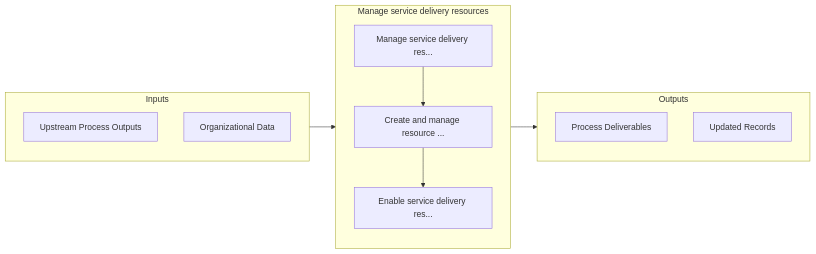
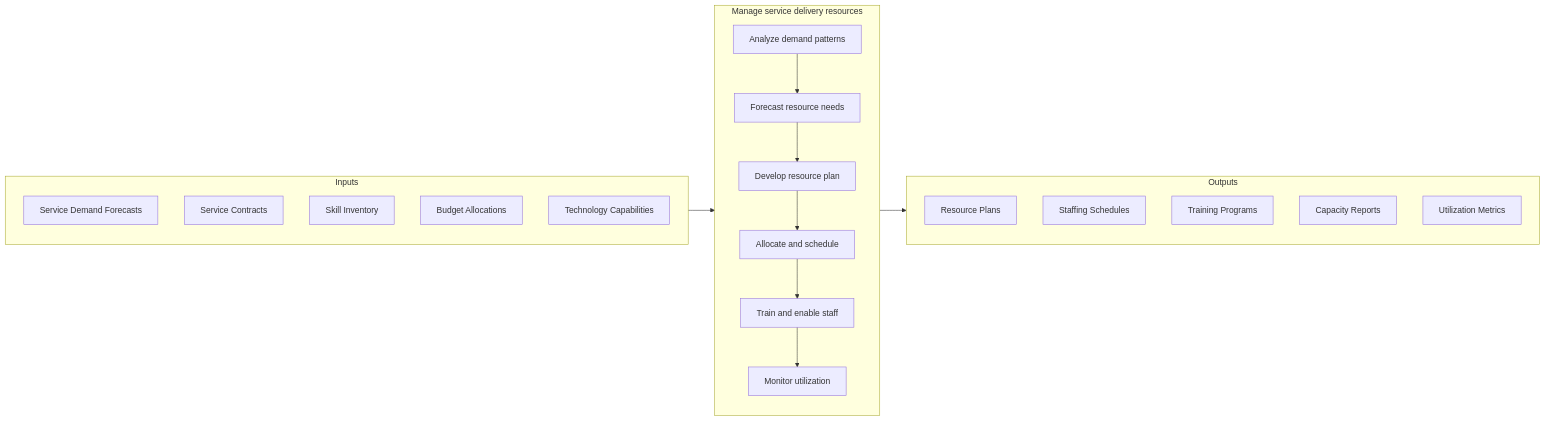
Before and after one commit to kziemski/business.org.ai: the second of 3 diagrams in processes/05-Services/5.2-ManageServiceDeliveryResources/index.mdx, drawn with Mermaid. The commit also changed other lines of this file and 67 other files, not shown here.

````diff
--- a/processes/05-Services/5.2-ManageServiceDeliveryResources/index.mdx
+++ b/processes/05-Services/5.2-ManageServiceDeliveryResources/index.mdx
@@ -60,22 +74,30 @@
 ```mermaid
 flowchart LR
     subgraph Inputs["Inputs"]
-        I1["Upstream Process Outputs"]
-        I2["Organizational Data"]
+        I1["Service Demand Forecasts"]
+        I2["Service Contracts"]
+        I3["Skill Inventory"]
+        I4["Budget Allocations"]
+        I5["Technology Capabilities"]
     end
 
     subgraph Process["Manage service delivery resources"]
-        S1["Manage service delivery res..."]
-        S2["Create and manage resource ..."]
-        S3["Enable service delivery res..."]
+        S1["Analyze demand patterns"]
+        S2["Forecast resource needs"]
+        S3["Develop resource plan"]
+        S4["Allocate and schedule"]
+        S5["Train and enable staff"]
+        S6["Monitor utilization"]
     end
 
     subgraph Outputs["Outputs"]
-        O1["Process Deliverables"]
-        O2["Updated Records"]
+        O1["Resource Plans"]
+        O2["Staffing Schedules"]
+        O3["Training Programs"]
+        O4["Capacity Reports"]
+        O5["Utilization Metrics"]
     end
 
     Inputs --> Process --> Outputs
-    S1 --> S2
-    S2 --> S3
+    S1 --> S2 --> S3 --> S4 --> S5 --> S6
 ```
````
